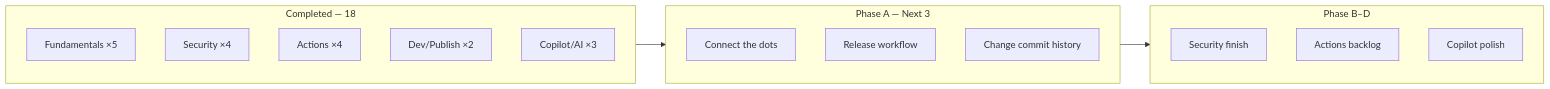
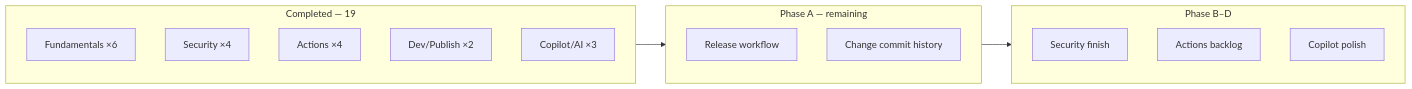
Before and after one commit to blackhebrewisraeli/github-skills-journey: the diagram in ROADMAP.md, drawn with Mermaid. The commit also changed other lines of this file and 1 other file, not shown here.

Commit message:
Add Connect the dots practice (19 total); update roadmap Phase A progress

````diff
--- a/ROADMAP.md
+++ b/ROADMAP.md
@@ -10,21 +10,20 @@
 ```mermaid
 flowchart LR
-    subgraph done [Completed — 18]
-        F[Fundamentals ×5]
+    subgraph done [Completed — 19]
+        F[Fundamentals ×6]
         S[Security ×4]
         A[Actions ×4]
         D[Dev/Publish ×2]
         C[Copilot/AI ×3]
     end
-    subgraph next [Phase A — Next 3]
-        N1[Connect the dots]
+    subgraph next [Phase A — remaining]
         N2[Release workflow]
         N3[Change commit history]
     end
     subgraph later [Phase B–D]
         B[Security finish]
         AB[Actions backlog]
         CP[Copilot polish]
     end
     done --> next --> later
 ```
````
